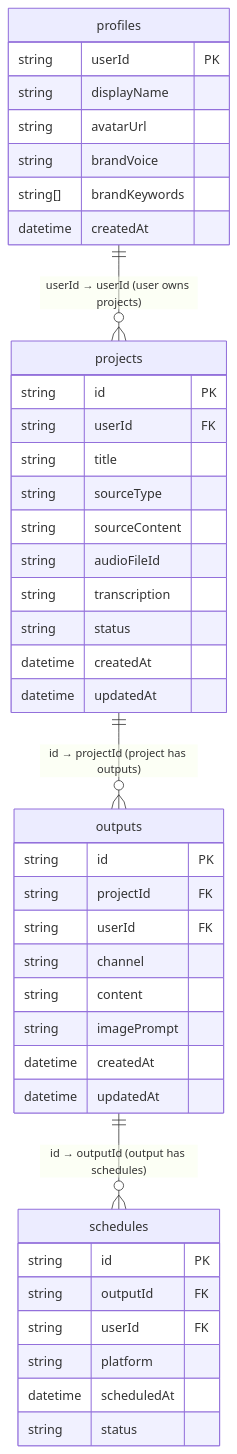
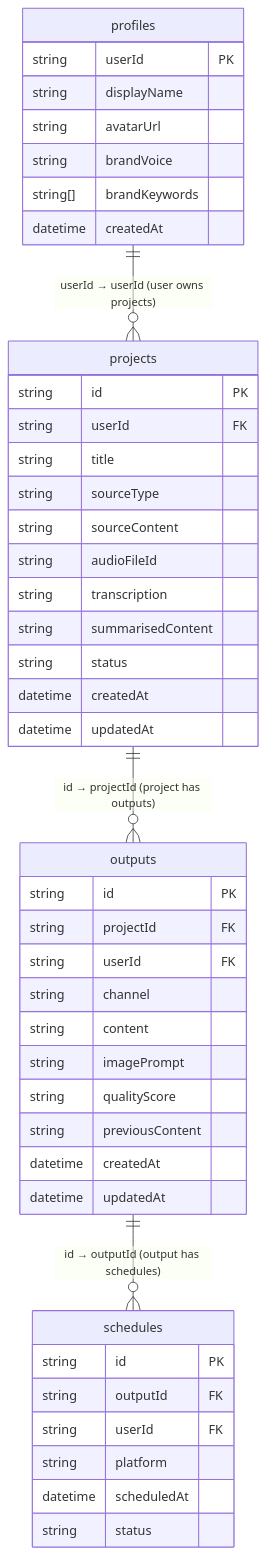
The sixth of 6 diagrams in docs/ARCHITECTURE.md (pthao815/multi-studio), drawn with Mermaid before and after one commit. The commit also changed other lines of this file and 40 other files, not shown here.

````diff
--- a/docs/ARCHITECTURE.md
+++ b/docs/ARCHITECTURE.md
@@ -263,48 +280,51 @@
 ```mermaid
 erDiagram
     profiles {
         string userId PK
         string displayName
         string avatarUrl
         string brandVoice
         string[] brandKeywords
         datetime createdAt
     }
 
     projects {
         string id PK
         string userId FK
         string title
         string sourceType
         string sourceContent
         string audioFileId
         string transcription
+        string summarisedContent
         string status
         datetime createdAt
         datetime updatedAt
     }
 
     outputs {
         string id PK
         string projectId FK
         string userId FK
         string channel
         string content
         string imagePrompt
+        string qualityScore
+        string previousContent
         datetime createdAt
         datetime updatedAt
     }
 
     schedules {
         string id PK
         string outputId FK
         string userId FK
         string platform
         datetime scheduledAt
         string status
     }
 
     profiles ||--o{ projects : "userId → userId (user owns projects)"
     projects ||--o{ outputs : "id → projectId (project has outputs)"
     outputs ||--o{ schedules : "id → outputId (output has schedules)"
 ```
````
